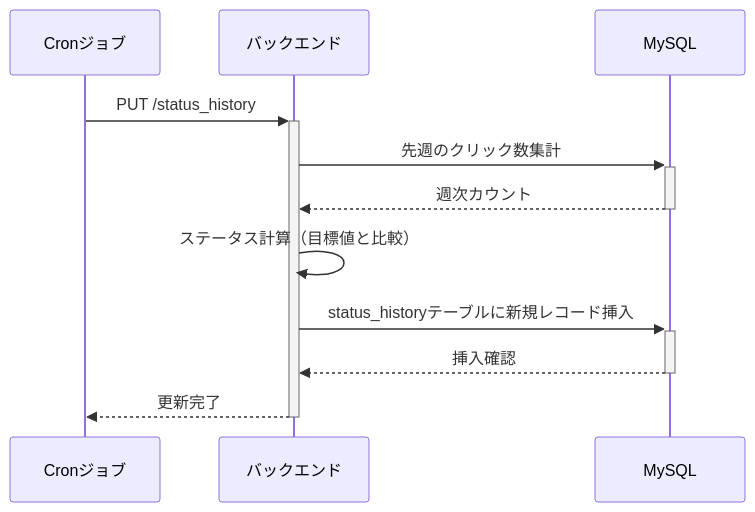
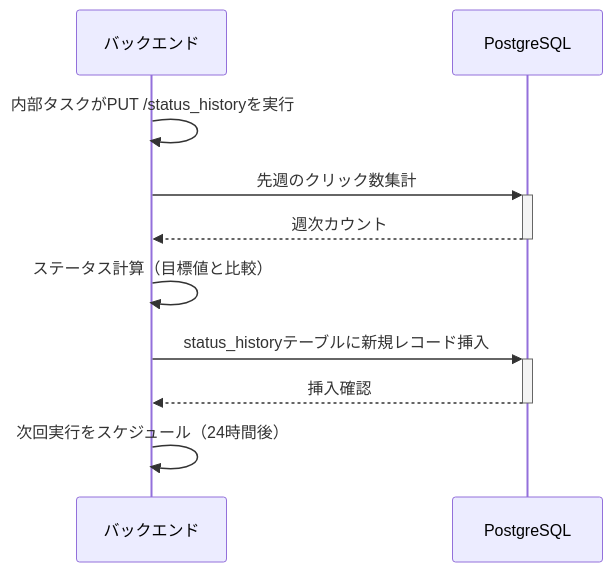
Before and after one commit to playpark-llc/kazoeru-kun: the fifth of 5 diagrams in README.md, drawn with Mermaid. The commit also changed other lines of this file and 1 other file, not shown here.

First line of the commit message:
docs: Update README.md and CLAUDE.md for PostgreSQL migration

````diff
--- a/README.md
+++ b/README.md
@@ -173,14 +176,14 @@
 ```mermaid
 sequenceDiagram
-    participant Cron as Cronジョブ
+    participant Backend as バックエンド（内部タスク）
     participant Backend as バックエンド
-    participant MySQL as MySQL
+    participant PostgreSQL as PostgreSQL
 
-    Cron->>+Backend: PUT /status_history
-    Backend->>+MySQL: 先週のクリック数集計
-    MySQL-->>-Backend: 週次カウント
+    Backend->>Backend: 内部タスクがPUT /status_historyを実行
+    Backend->>+PostgreSQL: 先週のクリック数集計
+    PostgreSQL-->>-Backend: 週次カウント
     Backend->>Backend: ステータス計算（目標値と比較）
-    Backend->>+MySQL: status_historyテーブルに新規レコード挿入
-    MySQL-->>-Backend: 挿入確認
-    Backend-->>-Cron: 更新完了
+    Backend->>+PostgreSQL: status_historyテーブルに新規レコード挿入
+    PostgreSQL-->>-Backend: 挿入確認
+    Backend->>Backend: 次回実行をスケジュール（24時間後）
 ```
````
